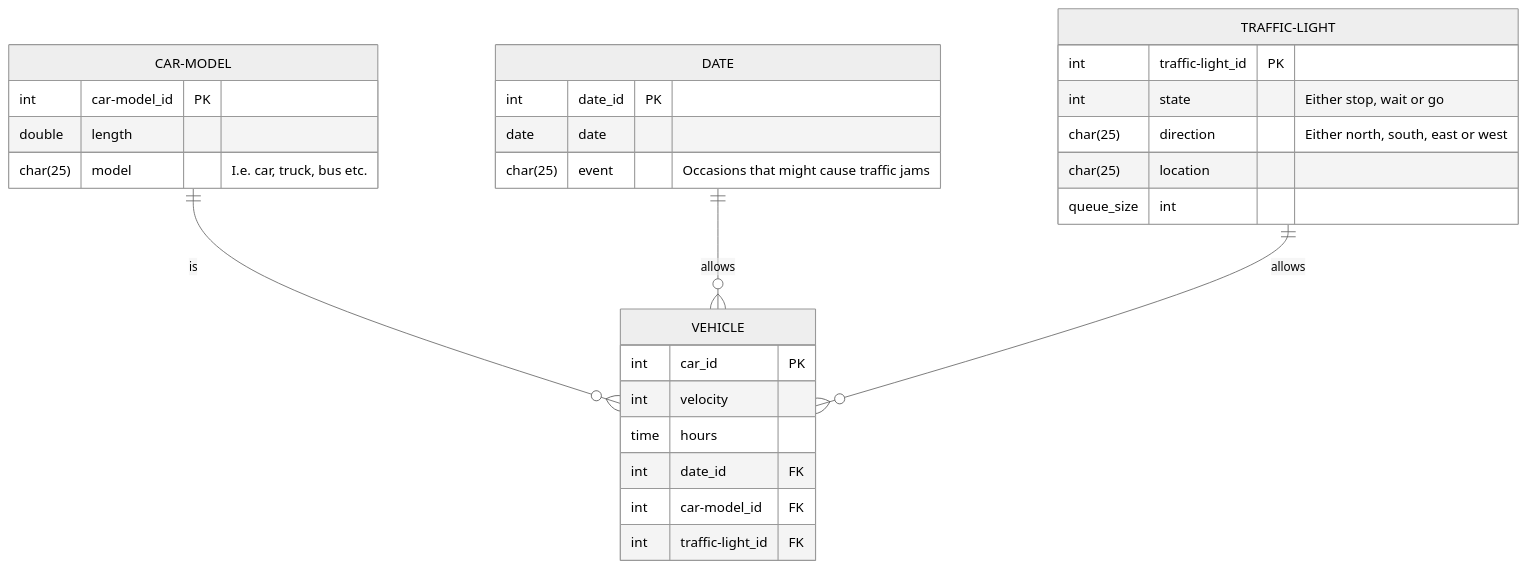
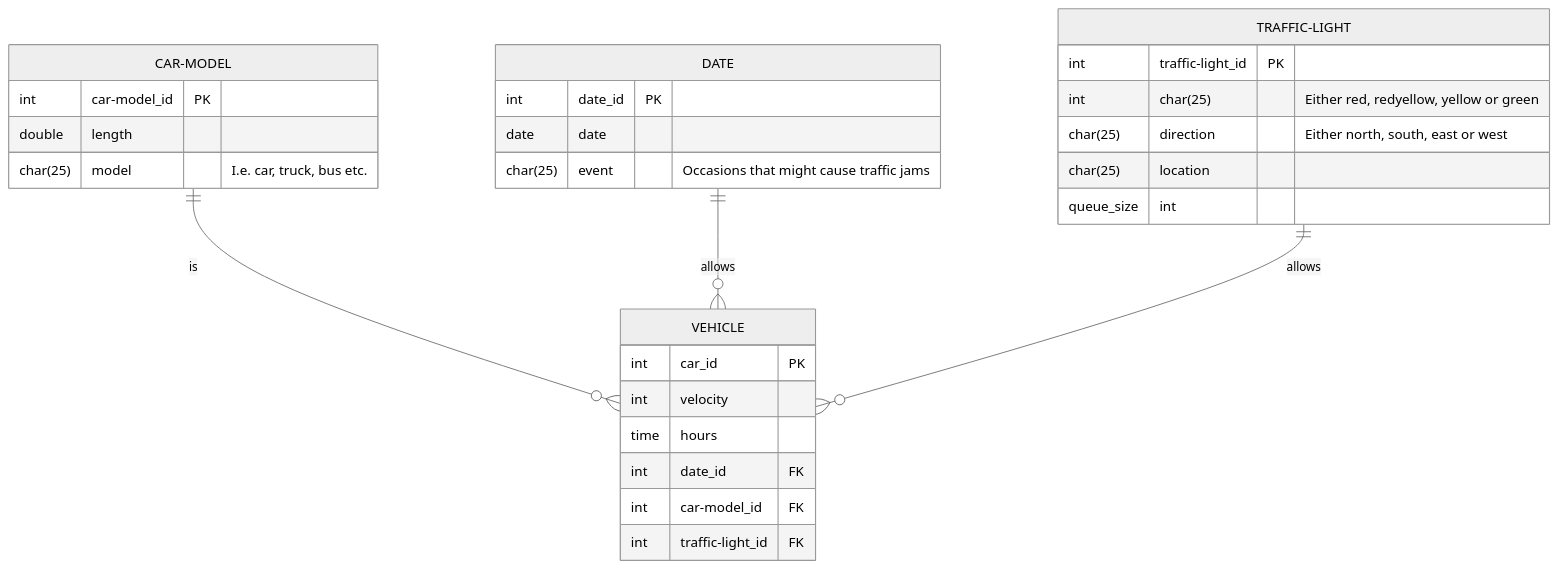
The fourth of 4 diagrams in MODELS.md (FabseGP/Cyber-Physcial-Systems), drawn with Mermaid (neutral theme) before and after one commit. The commit also changed 4 other files, not shown here.

Commit message:
Rework on SQL-schema + initial web-server

````diff
--- a/MODELS.md
+++ b/MODELS.md
@@ -72,31 +72,31 @@
 ```mermaid
 erDiagram
     VEHICLE {
         int car_id PK
         int velocity
 	time hours
 	int date_id FK
 	int car-model_id FK
 	int traffic-light_id FK
     }
     CAR-MODEL ||--o{ VEHICLE : is
     CAR-MODEL {
         int car-model_id PK
         double length
         char(25) model "I.e. car, truck, bus etc."
     }
     DATE ||--o{ VEHICLE : allows
     DATE {
         int date_id PK
         date date 
         char(25) event "Occasions that might cause traffic jams"
     }
     TRAFFIC-LIGHT ||--o{ VEHICLE : allows
     TRAFFIC-LIGHT {
         int traffic-light_id PK
-        int state "Either stop, wait or go"
+        int char(25) "Either red, redyellow, yellow or green"
         char(25) direction "Either north, south, east or west"
         char(25) location
         queue_size int
     }
 ```
````
